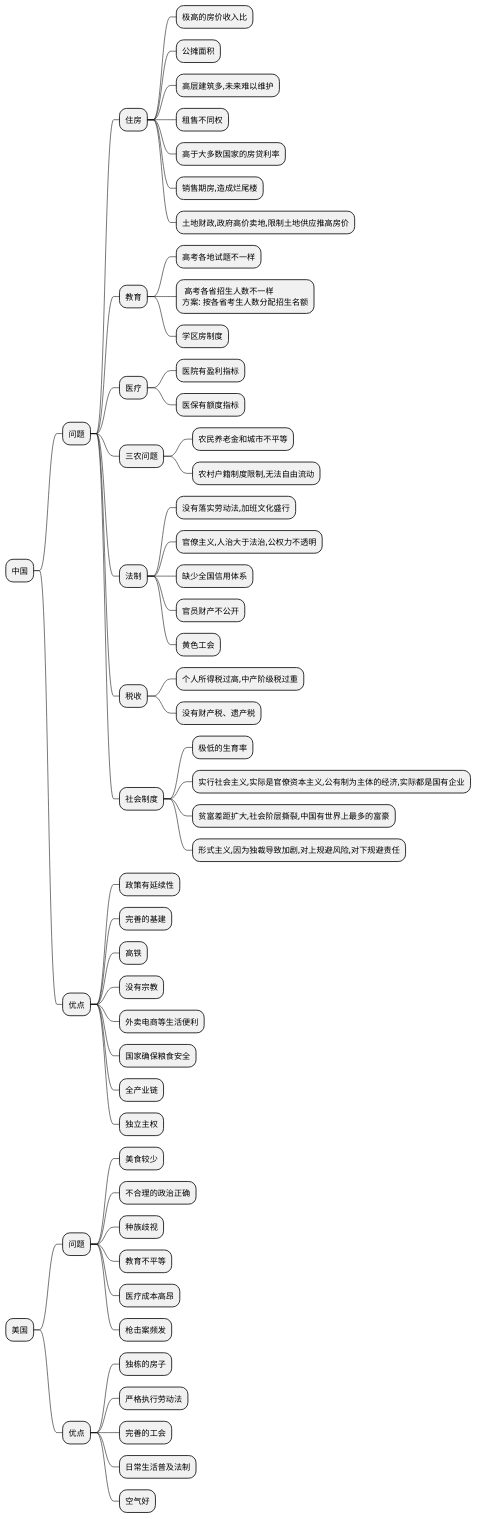
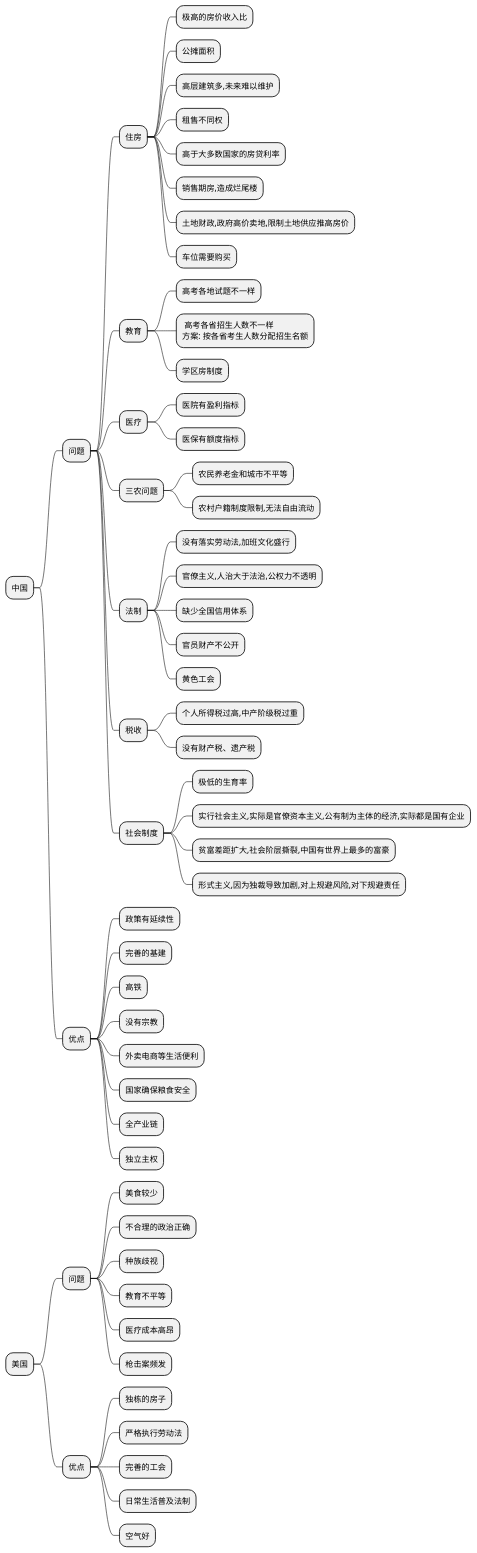
The diagram in D·观点-know_who/总结/中国社会.plantuml (Huang2070/alpha-centauri-c), drawn with PlantUML before and after one commit.

```diff
--- a/D·观点-know_who/总结/中国社会.plantuml
+++ b/D·观点-know_who/总结/中国社会.plantuml
@@ -1,75 +1,76 @@
 @startmindmap 中国
 * 中国
 ** 问题
 
 *** 住房
 **** 极高的房价收入比
 **** 公摊面积
 **** 高层建筑多,未来难以维护
 **** 租售不同权
 **** 高于大多数国家的房贷利率
 **** 销售期房,造成烂尾楼
 **** 土地财政,政府高价卖地,限制土地供应推高房价
+**** 车位需要购买
 
 
 *** 教育
 **** 高考各地试题不一样
 ****: 高考各省招生人数不一样
 方案: 按各省考生人数分配招生名额;
 **** 学区房制度
 
 *** 医疗
 **** 医院有盈利指标
 **** 医保有额度指标
 
 *** 三农问题
 **** 农民养老金和城市不平等
 **** 农村户籍制度限制,无法自由流动
 
 *** 法制
 **** 没有落实劳动法,加班文化盛行
 **** 官僚主义,人治大于法治,公权力不透明
 **** 缺少全国信用体系
 **** 官员财产不公开
 **** 黄色工会
 
 *** 税收
 **** 个人所得税过高,中产阶级税过重
 **** 没有财产税、遗产税
 
 *** 社会制度
 **** 极低的生育率
 **** 实行社会主义,实际是官僚资本主义,公有制为主体的经济,实际都是国有企业
 **** 贫富差距扩大,社会阶层撕裂,中国有世界上最多的富豪
 **** 形式主义,因为独裁导致加剧,对上规避风险,对下规避责任
 
 
 ** 优点
 *** 政策有延续性
 *** 完善的基建
 *** 高铁
 *** 没有宗教
 *** 外卖电商等生活便利
 *** 国家确保粮食安全
 *** 全产业链
 *** 独立主权
 
 
 
 * 美国
 ** 问题
 *** 美食较少
 *** 不合理的政治正确
 *** 种族歧视
 *** 教育不平等
 *** 医疗成本高昂
 *** 枪击案频发
 
 
 ** 优点
 *** 独栋的房子
 *** 严格执行劳动法
 *** 完善的工会
 *** 日常生活普及法制
 *** 空气好
 @endmindmap
```
